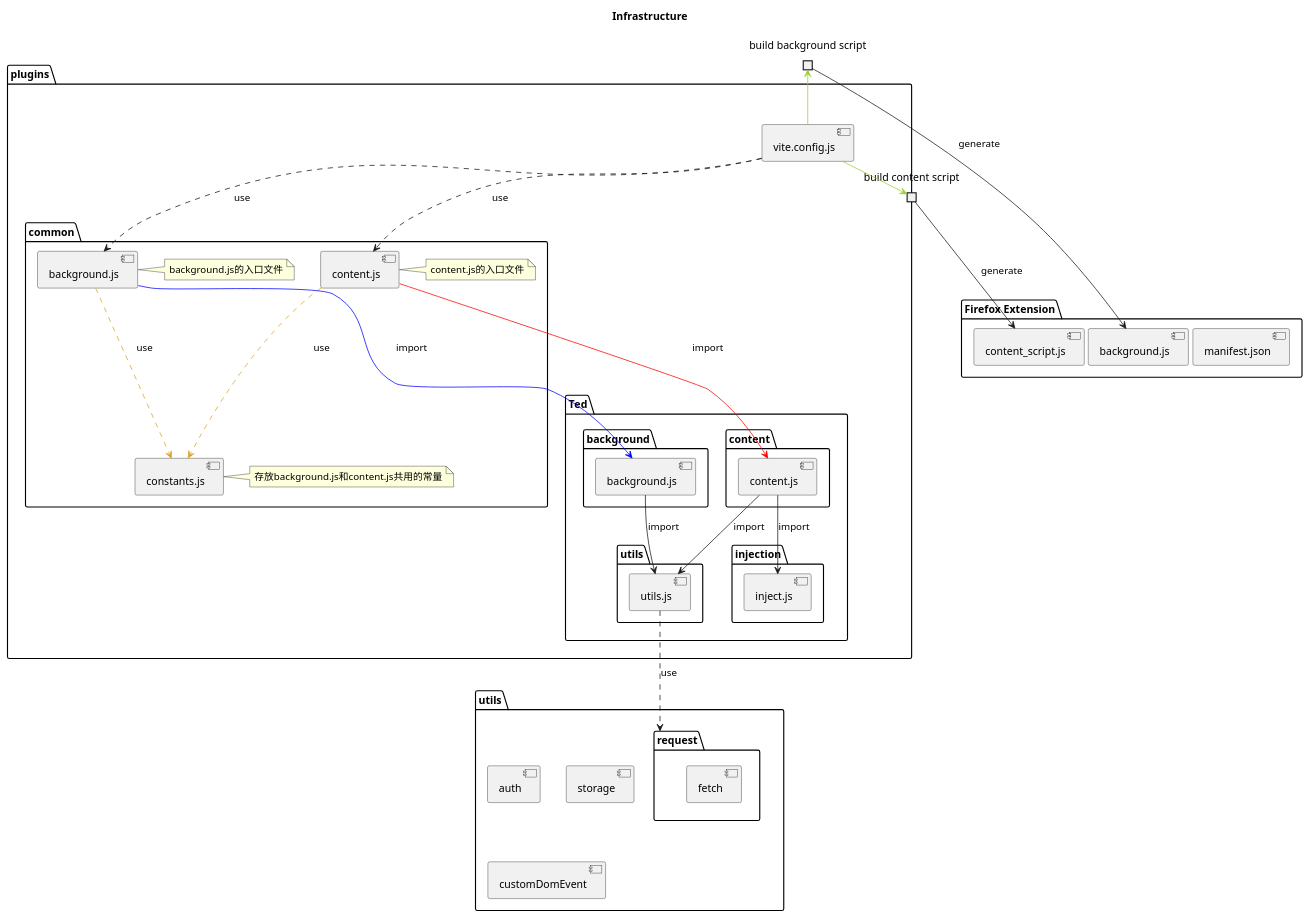
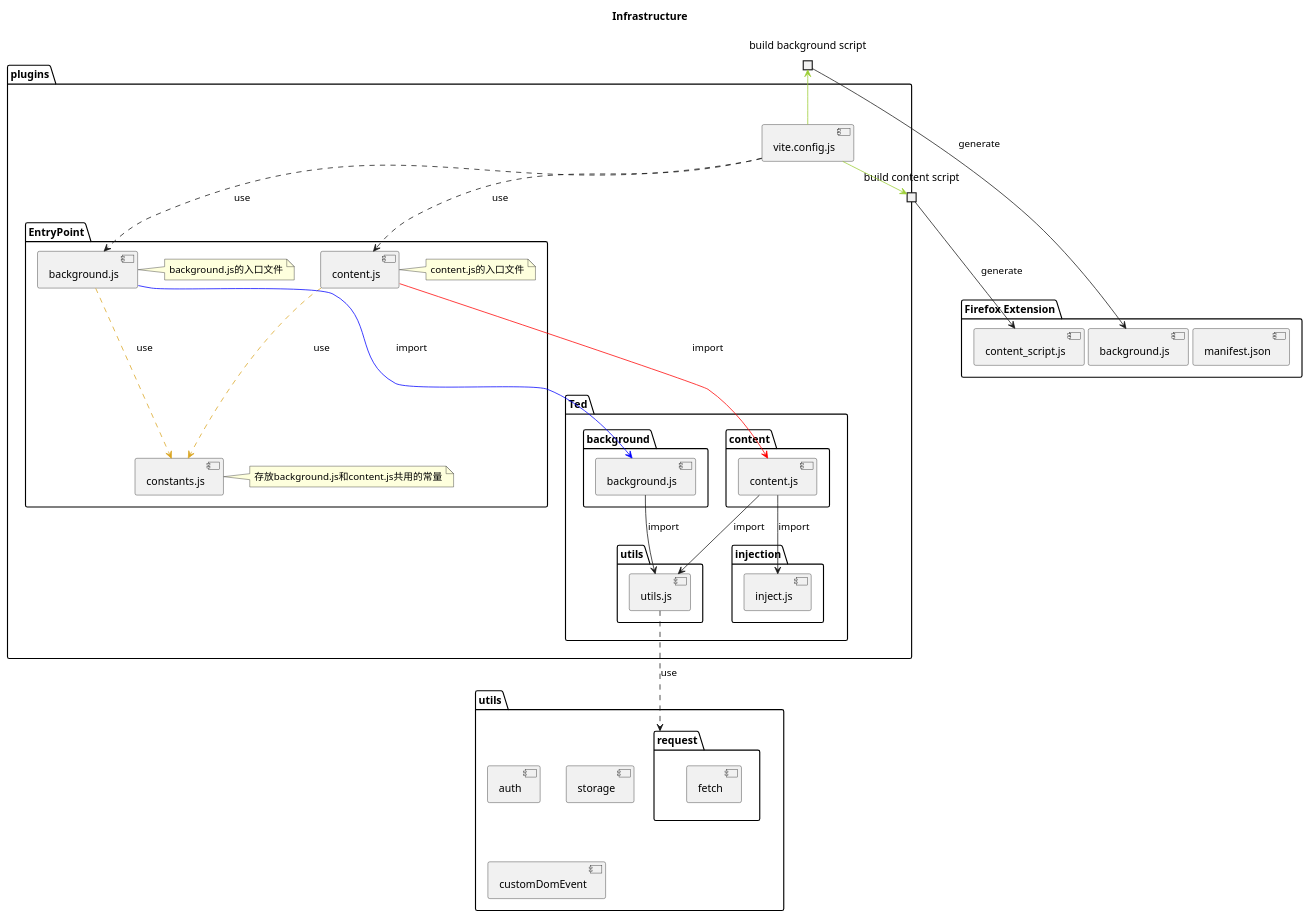
The diagram in specification/infrastructure.puml (tolerious/Stylish-Reader), drawn with PlantUML before and after one commit. The commit also changed 12 other files, not shown here.

Commit message:
🎨 Setup entry point.

```diff
--- a/specification/infrastructure.puml
+++ b/specification/infrastructure.puml
@@ -1,81 +1,81 @@
 @startuml Infrastructure
 title Infrastructure
 
 
 package "Firefox Extension" as fe {
     component "manifest.json" as manifest
     component "content_script.js" as fecontentscriptjs
     component "background.js" as febackgroundjs
 }
 
 package "utils" as commonUtils {
     component "auth" as auth
     package "request" as commonutilsrequest {
         component "fetch" as commonutilsrequestfetch
     }
     component "storage" as commonutilsstorage
     component "customDomEvent" as cde
 }
 
 
 
 package plugins as plugins {
     portout "build content script" as bcs
     port "build background script" as bbs
     component "vite.config.js" as pluginsvite
-    package common as pluginscommon {
+    package EntryPoint as pluginscommon {
         component "constants.js" as pluginscommonconstants
         note right
             存放background.js和content.js共用的常量
         end note
         component "background.js" as pluginscommonbackgroundjs
         note right
             background.js的入口文件
         end note
         component "content.js" as pluginscommoncontentjs
         note right
             content.js的入口文件
         end note
     }
     package Ted as ted {
         package content as tedcontent {
             component "content.js" as tedcontentjs
         }
 
         package background as tedbackground {
             component "background.js" as tedbackgroundjs
         }
 
         package injection as tedinjection {
             component "inject.js" as tedinjectionjs
         }
 
         package utils as tedutils {
             component "utils.js" as tedutilsjs
         }
 
     }
 
     pluginscommoncontentjs ..> pluginscommonconstants#GoldenRod : use
     pluginscommonbackgroundjs ..> pluginscommonconstants#GoldenRod : use
 
     pluginsvite ..> pluginscommoncontentjs : use
     pluginsvite ..> pluginscommonbackgroundjs : use
 
     pluginscommoncontentjs --> tedcontentjs#red : import
 
     pluginscommonbackgroundjs --> tedbackgroundjs#blue : import
 
     pluginsvite --> bcs#YellowGreen
     pluginsvite --> bbs#YellowGreen
     bcs-->fecontentscriptjs : generate
     bbs-->febackgroundjs : generate
 
     tedbackgroundjs--> tedutilsjs : import
     tedcontentjs-->tedutilsjs : import
     tedcontentjs-->tedinjectionjs : import
 
     tedutilsjs ..> commonutilsrequest : use
 
 }
 @enduml
```
